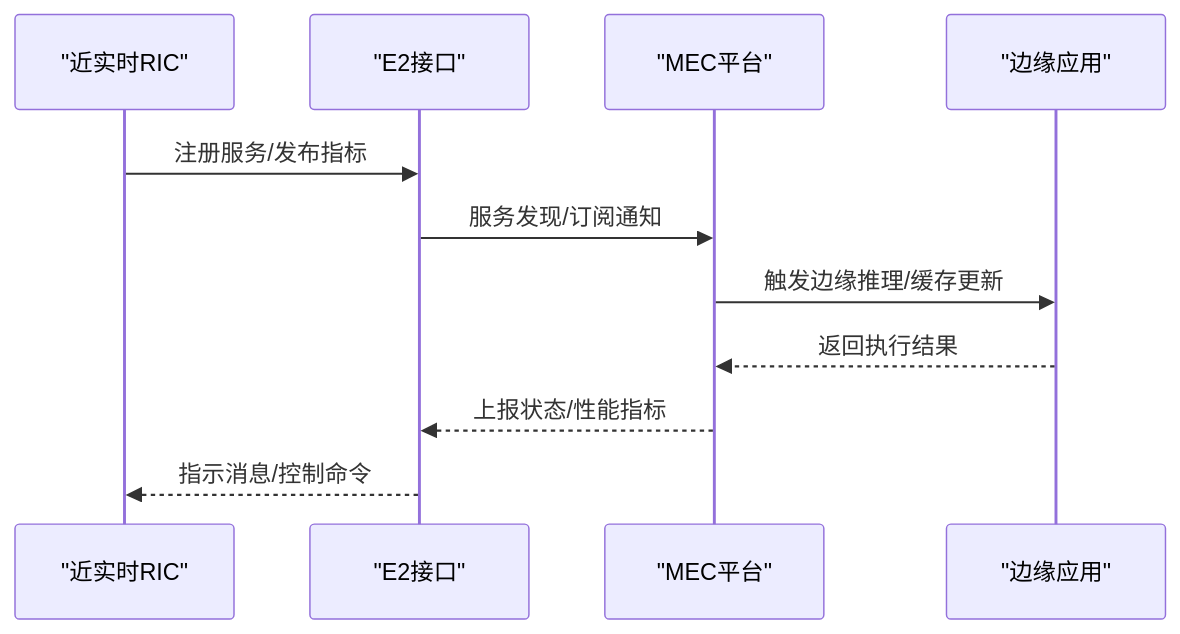
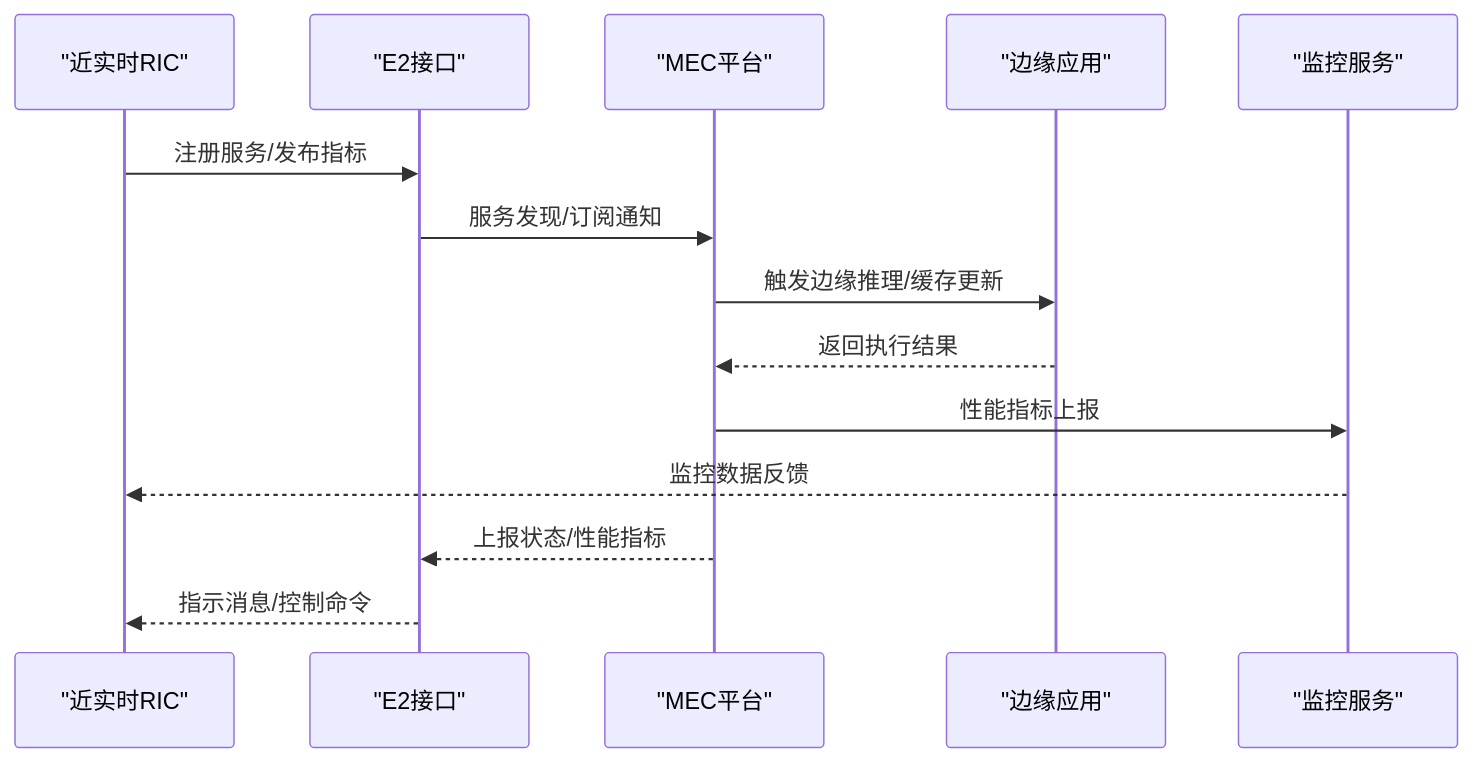
One commit to allengaller/oran-database changed the fourth of 10 diagrams in .qoder/repowiki/zh/content/应用场景/边缘计算集成.md. Above: the diagram before and after it, drawn with Mermaid. The commit also changed other lines of this file and 32 other files, not shown here.

````diff
--- a/.qoder/repowiki/zh/content/应用场景/边缘计算集成.md
+++ b/.qoder/repowiki/zh/content/应用场景/边缘计算集成.md
@@ -171,13 +183,16 @@
 ```mermaid
 sequenceDiagram
 participant RIC as "近实时RIC"
 participant E2 as "E2接口"
 participant MEC as "MEC平台"
 participant APP as "边缘应用"
+participant MON as "监控服务"
 RIC->>E2 : 注册服务/发布指标
 E2->>MEC : 服务发现/订阅通知
 MEC->>APP : 触发边缘推理/缓存更新
 APP-->>MEC : 返回执行结果
+MEC->>MON : 性能指标上报
+MON-->>RIC : 监控数据反馈
 MEC-->>E2 : 上报状态/性能指标
 E2-->>RIC : 指示消息/控制命令
 ```
````
